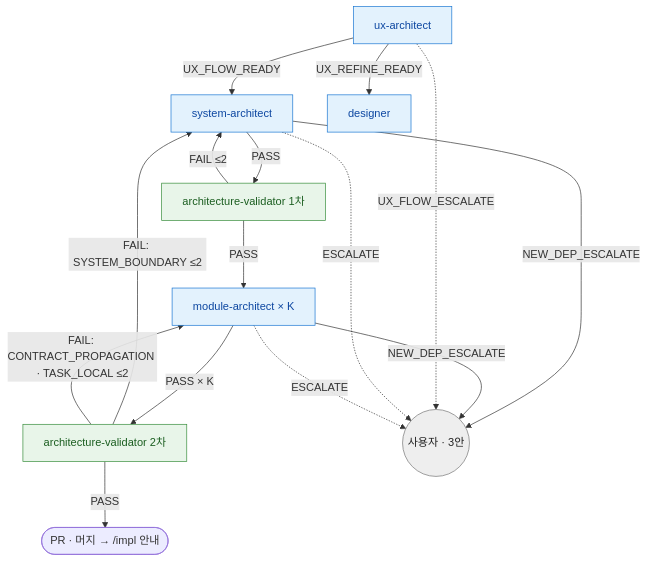
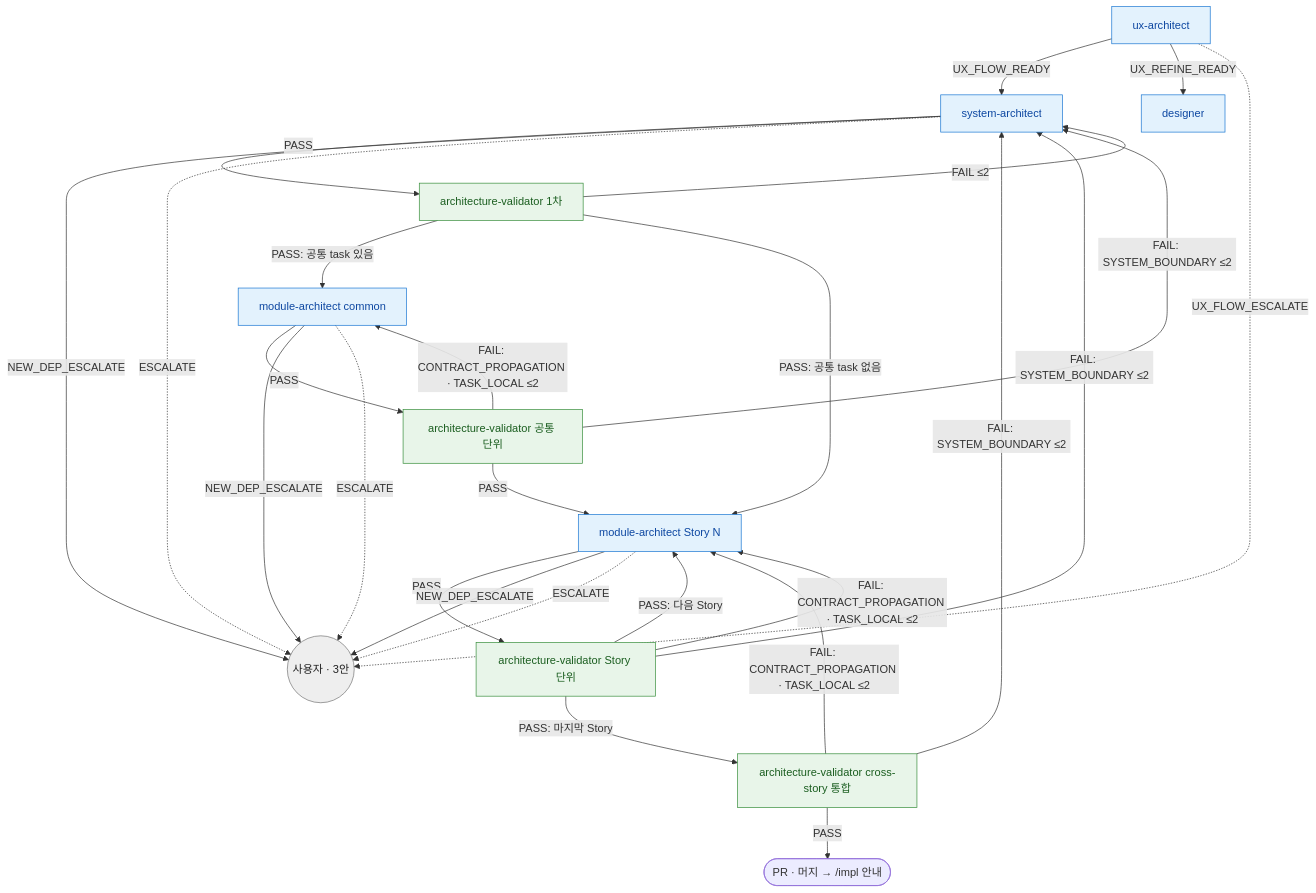
Before and after one commit to alruminum/dcNess: the diagram in skills/design/design-routing.md, drawn with Mermaid. The commit also changed other lines of this file and 11 other files, not shown here.

````diff
--- a/skills/design/design-routing.md
+++ b/skills/design/design-routing.md
@@ -15,24 +15,35 @@
 ```mermaid
 flowchart TB
   UX[ux-architect] -->|UX_FLOW_READY| SA[system-architect]
   UX -->|UX_REFINE_READY| DS[designer]
   SA -->|PASS| AV1[architecture-validator 1차]
-  AV1 -->|PASS| MA[module-architect × K]
-  MA -->|PASS × K| AV2[architecture-validator 2차]
-  AV2 -->|PASS| M([PR · 머지 → /impl 안내])
+  AV1 -->|PASS: 공통 task 있음| MA_COMMON[module-architect common]
+  AV1 -->|PASS: 공통 task 없음| MA_STORY[module-architect Story N]
+  MA_COMMON -->|PASS| AV_COMMON[architecture-validator 공통 단위]
+  AV_COMMON -->|PASS| MA_STORY
+  MA_STORY -->|PASS| AV_STORY[architecture-validator Story 단위]
+  AV_STORY -->|PASS: 다음 Story| MA_STORY
+  AV_STORY -->|PASS: 마지막 Story| AV_FINAL[architecture-validator cross-story 통합]
+  AV_FINAL -->|PASS| M([PR · 머지 → /impl 안내])
   AV1 -->|FAIL ≤2| SA
-  AV2 -->|"FAIL: SYSTEM_BOUNDARY ≤2"| SA
-  AV2 -->|"FAIL: CONTRACT_PROPAGATION · TASK_LOCAL ≤2"| MA
+  AV_COMMON -->|"FAIL: SYSTEM_BOUNDARY ≤2"| SA
+  AV_COMMON -->|"FAIL: CONTRACT_PROPAGATION · TASK_LOCAL ≤2"| MA_COMMON
+  AV_STORY -->|"FAIL: SYSTEM_BOUNDARY ≤2"| SA
+  AV_STORY -->|"FAIL: CONTRACT_PROPAGATION · TASK_LOCAL ≤2"| MA_STORY
+  AV_FINAL -->|"FAIL: SYSTEM_BOUNDARY ≤2"| SA
+  AV_FINAL -->|"FAIL: CONTRACT_PROPAGATION · TASK_LOCAL ≤2"| MA_STORY
   SA -->|NEW_DEP_ESCALATE| U((사용자 · 3안))
-  MA -->|NEW_DEP_ESCALATE| U
+  MA_COMMON -->|NEW_DEP_ESCALATE| U
+  MA_STORY -->|NEW_DEP_ESCALATE| U
   UX -.->|UX_FLOW_ESCALATE| U
   SA -.->|ESCALATE| U
-  MA -.->|ESCALATE| U
+  MA_COMMON -.->|ESCALATE| U
+  MA_STORY -.->|ESCALATE| U
 
   classDef produce fill:#e3f2fd,stroke:#1976d2,color:#0d47a1
   classDef verify fill:#e8f5e9,stroke:#388e3c,color:#1b5e20
   classDef user fill:#eeeeee,stroke:#757575,color:#212121
-  class UX,SA,DS,MA produce
-  class AV1,AV2 verify
+  class UX,SA,DS,MA_COMMON,MA_STORY produce
+  class AV1,AV_COMMON,AV_STORY,AV_FINAL verify
   class U user
 ```
````
